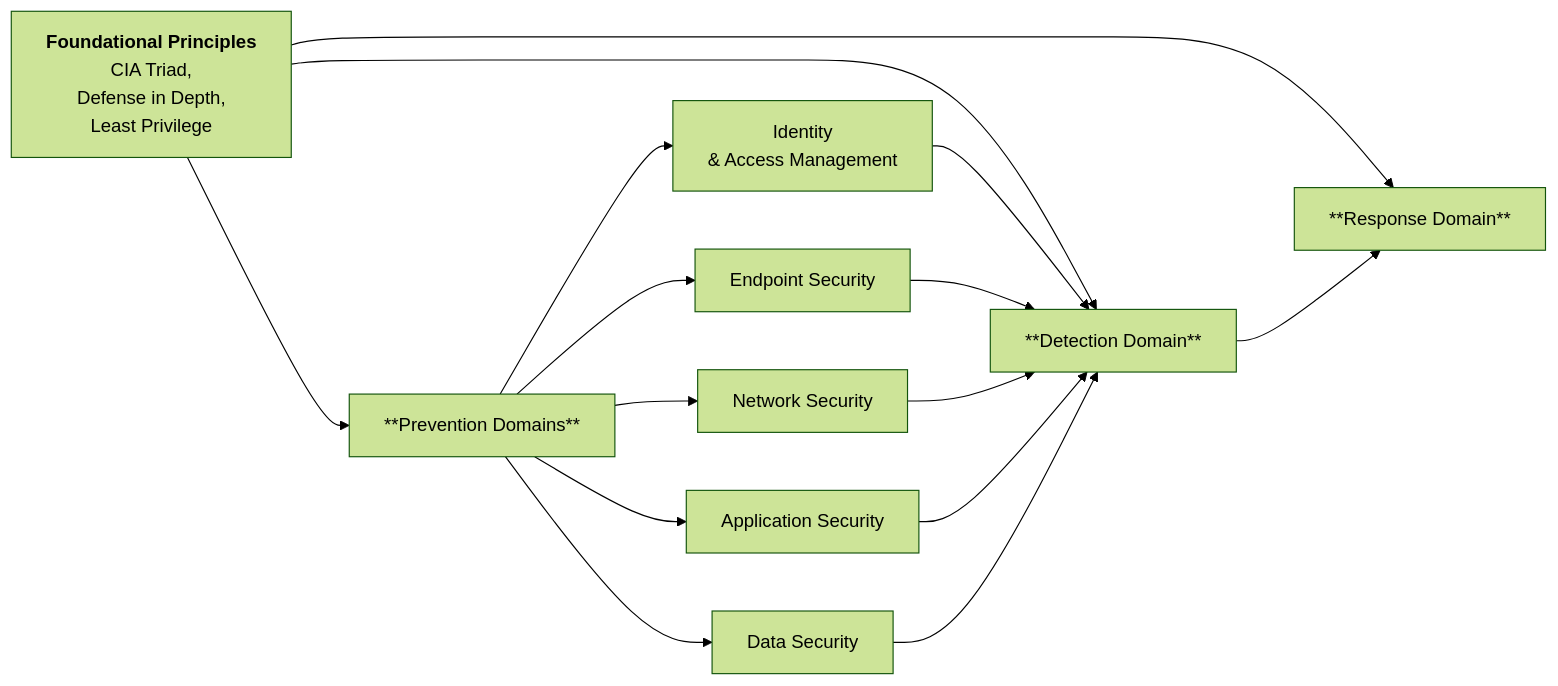
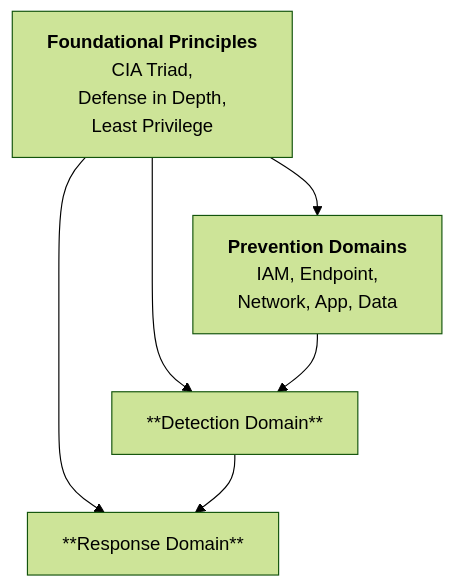
Before and after one commit to sujith-eag/sujith-library: the second of 6 diagrams in docs/projects/blogs/security/security_architecture/0_overview.md, drawn with Mermaid (forest theme). The commit also changed other lines of this file, not shown here.

Commit message:
Enhance cybersecurity architecture overview with additional credit and source information, and refine detection and response domain descriptions for clarity.

````diff
--- a/docs/projects/blogs/security/security_architecture/0_overview.md
+++ b/docs/projects/blogs/security/security_architecture/0_overview.md
@@ -57,26 +62,16 @@
 ```mermaid
-flowchart LR
+flowchart TD
     Foundation["`**Foundational Principles**
                 CIA Triad, 
                 Defense in Depth,
                 Least Privilege`"]
     
-    Foundation --> Prevention[**Prevention Domains**]
+    Foundation --> Prevention["`**Prevention Domains**
+                        IAM, Endpoint,
+                        Network, App, Data`"]
     Foundation --> Detection[**Detection Domain**]
     Foundation --> Response[**Response Domain**]
     
-    Prevention --> IAM["`Identity 
-	    & Access Management`"]
-    Prevention --> Endpoint[Endpoint Security]
-    Prevention --> Network[Network Security]
-    Prevention --> App[Application Security]
-    Prevention --> Data[Data Security]
-    
-    IAM --> Detection
-    Endpoint --> Detection
-    Network --> Detection
-    App --> Detection
-    Data --> Detection
-    
+    Prevention --> Detection
     Detection --> Response
 ```
````
